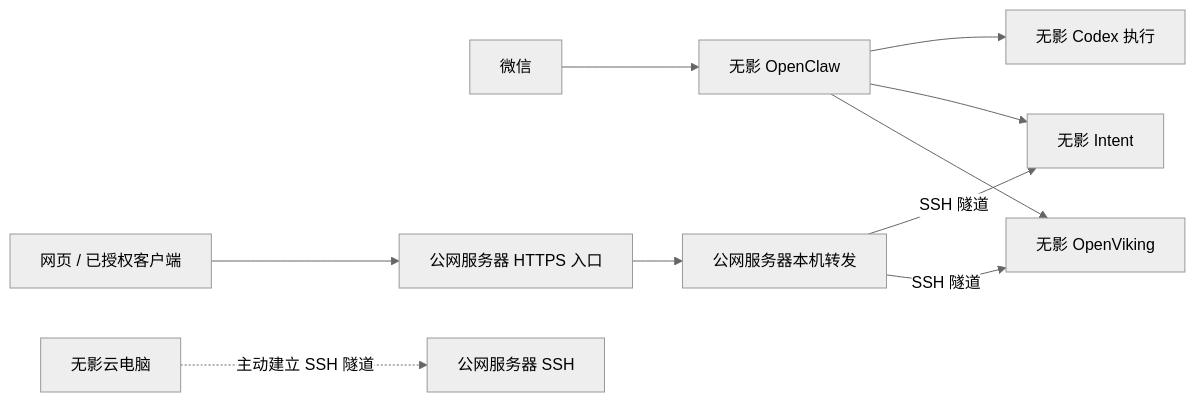
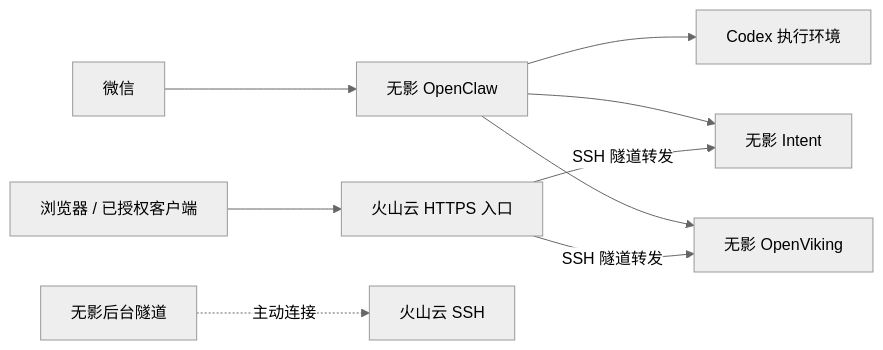
One commit to cytlabs/personal-site changed the diagram in posts/cloud-workspace-from-phone.md. Above: the diagram before and after it, drawn with Mermaid (neutral theme). The commit also changed other lines of this file and 1 other file, not shown here.

Commit message:
Publish cloud workspace architecture and recovery story

````diff
--- a/posts/cloud-workspace-from-phone.md
+++ b/posts/cloud-workspace-from-phone.md
@@ -52,12 +41,11 @@
 ```mermaid
 flowchart LR
-    A[微信] --> B[无影 OpenClaw]
-    B --> C[无影 Codex 执行]
-    B --> D[无影 Intent]
-    B --> E[无影 OpenViking]
-    F[网页 / 已授权客户端] --> G[公网服务器 HTTPS 入口]
-    G --> R[公网服务器本机转发]
-    R -->|SSH 隧道| D
-    R -->|SSH 隧道| E
-    H[无影云电脑] -. 主动建立 SSH 隧道 .-> S[公网服务器 SSH]
+    W[微信] --> OC[无影 OpenClaw]
+    OC --> CX[Codex 执行环境]
+    OC --> I[无影 Intent]
+    OC --> OV[无影 OpenViking]
+    U[浏览器 / 已授权客户端] --> N[火山云 HTTPS 入口]
+    N -->|SSH 隧道转发| I
+    N -->|SSH 隧道转发| OV
+    WY[无影后台隧道] -. 主动连接 .-> S[火山云 SSH]
 ```
````
